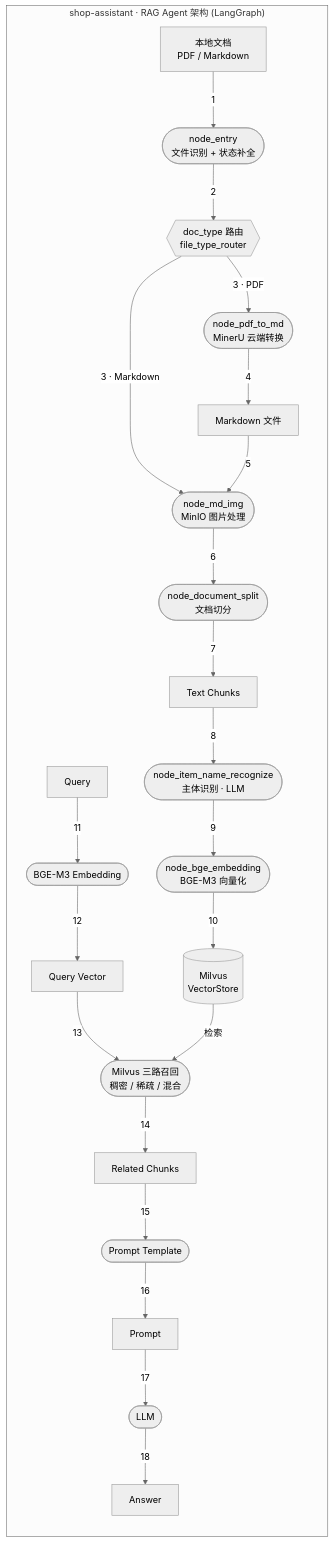
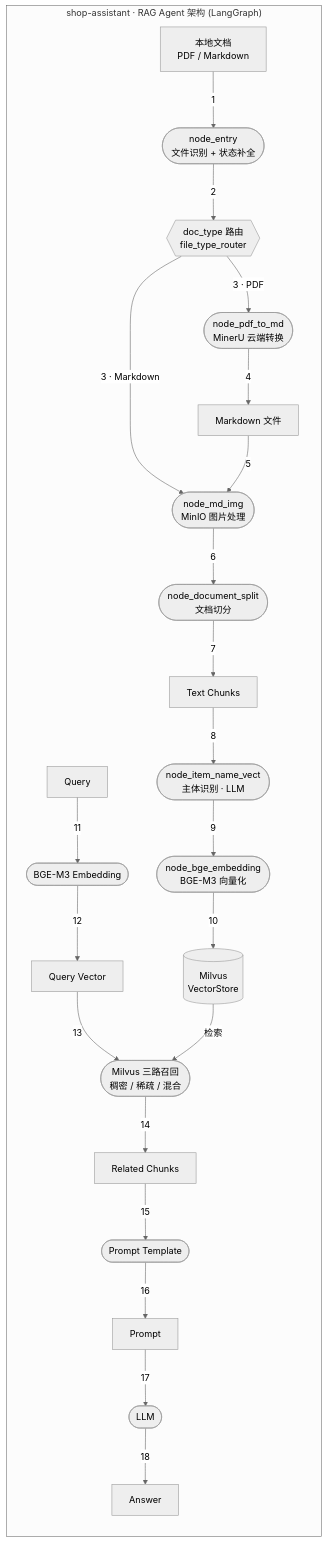
One commit to Refone/tiny-RAG changed the diagram in docs/architecture.md. Above: the diagram before and after it, drawn with Mermaid (neutral theme). The commit also changed other lines of this file and 7 other files, not shown here.

Commit message:
chore: item_name_recognize -> item_name_vect

````diff
--- a/docs/architecture.md
+++ b/docs/architecture.md
@@ -9,54 +9,54 @@
 ```mermaid
 flowchart TD
     subgraph Shop_Assistant ["shop-assistant · RAG Agent 架构 (LangGraph)"]
         direction TB
 
         %% ===== 链路1: 文档导入 (import_processor) =====
         D0["本地文档<br/>PDF / Markdown"]
         E0(["node_entry<br/>文件识别 + 状态补全"])
         R0{{"doc_type 路由<br/>file_type_router"}}
         E1(["node_pdf_to_md<br/>MinerU 云端转换"])
         E2["Markdown 文件"]
         E3(["node_md_img<br/>MinIO 图片处理"])
         E4(["node_document_split<br/>文档切分"])
         E5["Text Chunks"]
-        E6(["node_item_name_recognize<br/>主体识别 · LLM"])
+        E6(["node_item_name_vect<br/>主体识别 · LLM"])
         E7(["node_bge_embedding<br/>BGE-M3 向量化"])
         E8[("Milvus<br/>VectorStore")]
 
         %% ===== 链路2: 查询与检索 (query_processor, 待实现) =====
         Q1["Query"]
         Q2(["BGE-M3 Embedding"])
         Q3["Query Vector"]
         Q4(["Milvus 三路召回<br/>稠密 / 稀疏 / 混合"])
         Q5["Related Chunks"]
         Q6(["Prompt Template"])
         Q7["Prompt"]
         Q8(["LLM"])
         Q9["Answer"]
 
         %% 链路1 边
         D0 -->|"1"| E0
         E0 -->|"2"| R0
         R0 -->|"3 · PDF"| E1
         R0 -->|"3 · Markdown"| E3
         E1 -->|"4"| E2
         E2 -->|"5"| E3
         E3 -->|"6"| E4
         E4 -->|"7"| E5
         E5 -->|"8"| E6
         E6 -->|"9"| E7
         E7 -->|"10"| E8
 
         %% 链路2 边
         Q1 -->|"11"| Q2
         Q2 -->|"12"| Q3
         Q3 -->|"13"| Q4
         E8 -->|"检索"| Q4
         Q4 -->|"14"| Q5
         Q5 -->|"15"| Q6
         Q6 -->|"16"| Q7
         Q7 -->|"17"| Q8
         Q8 -->|"18"| Q9
     end
 ```
````
